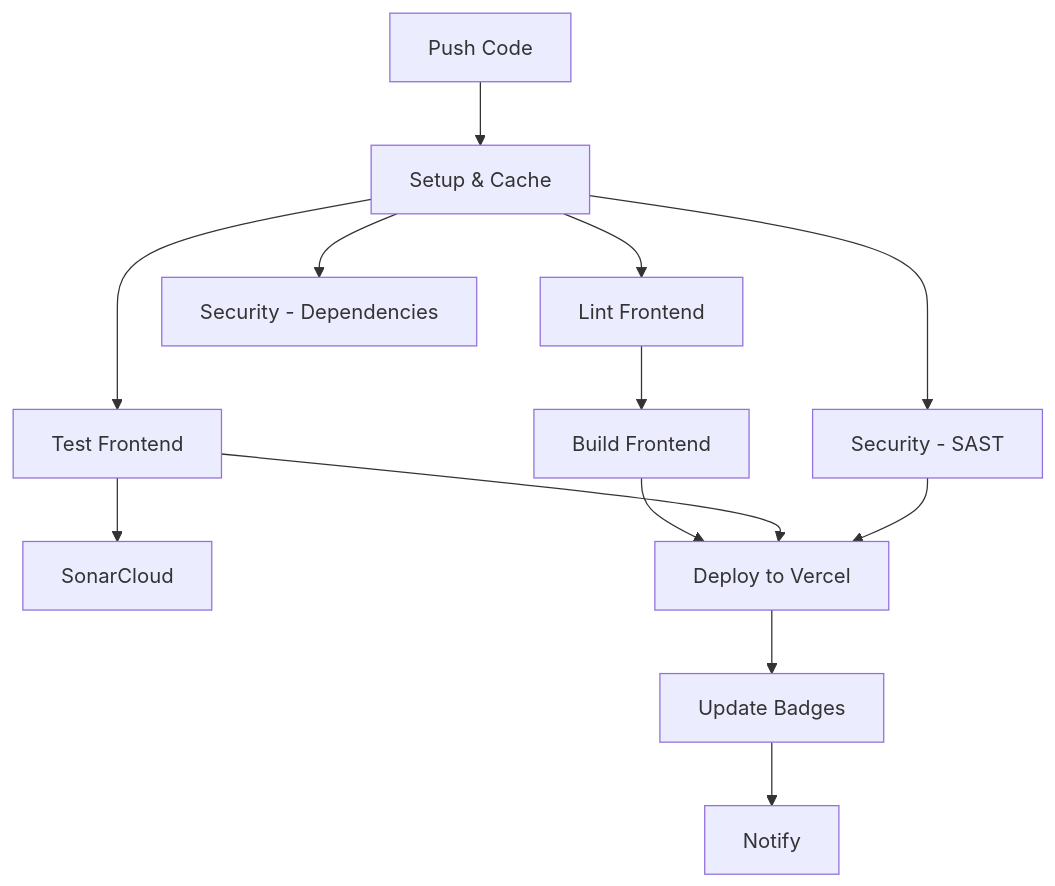
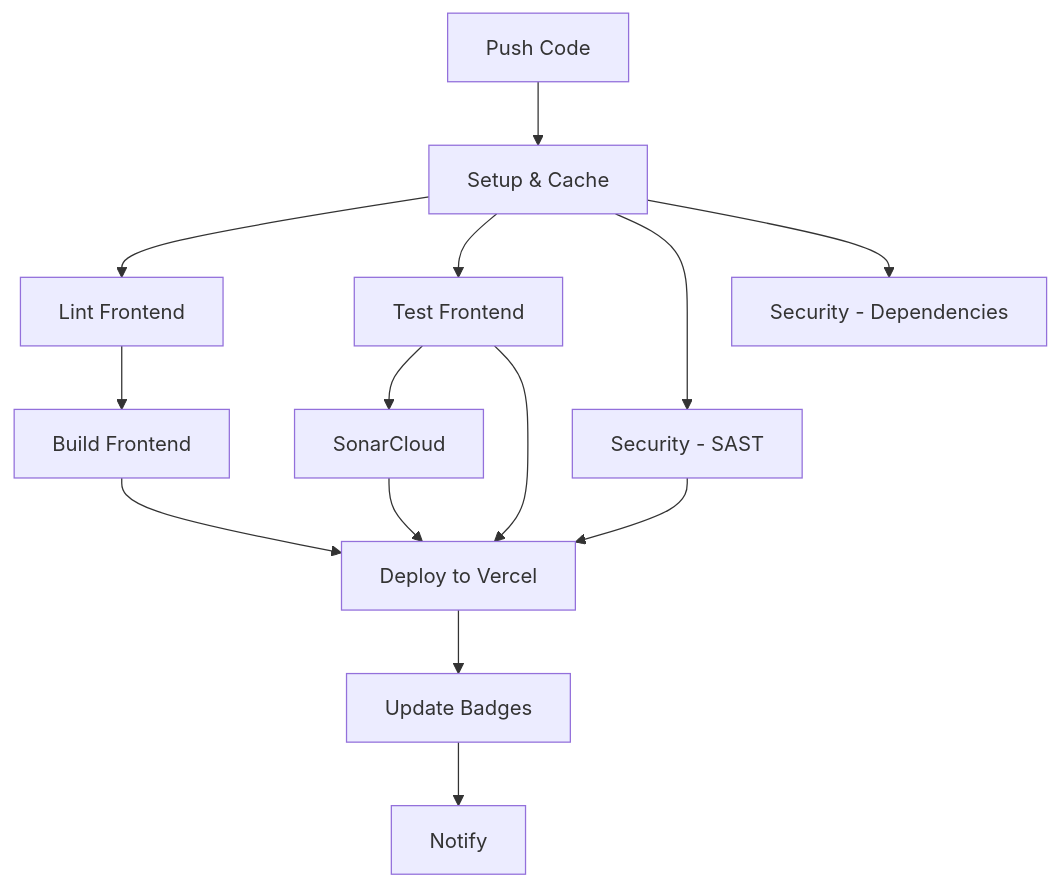
One commit to afmenezes1989/fiap-mba-intelligent-cicd-pipelines changed the diagram in README.md. Above: the diagram before and after it, drawn with Mermaid. The commit also changed 1 other file, not shown here.

Commit message:
feat: enforce SonarCloud quality gate before deployment
- Add sonarcloud dependency to deploy-frontend job
- Ensures code quality analysis must pass before production
- Update README diagram to reflect this dependency
- Strengthens intelligent CI/CD quality gates

````diff
--- a/README.md
+++ b/README.md
@@ -120,15 +120,16 @@
 ```mermaid
 graph TB
     A[Push Code] --> B[Setup & Cache]
     B --> C[Lint Frontend]
     B --> D[Test Frontend]
     B --> E[Security - SAST]
     B --> F[Security - Dependencies]
     C --> G[Build Frontend]
     D --> H[SonarCloud]
     G --> I[Deploy to Vercel]
     D --> I
     E --> I
+    H --> I
     I --> J[Update Badges]
     J --> K[Notify]
 ```
````
